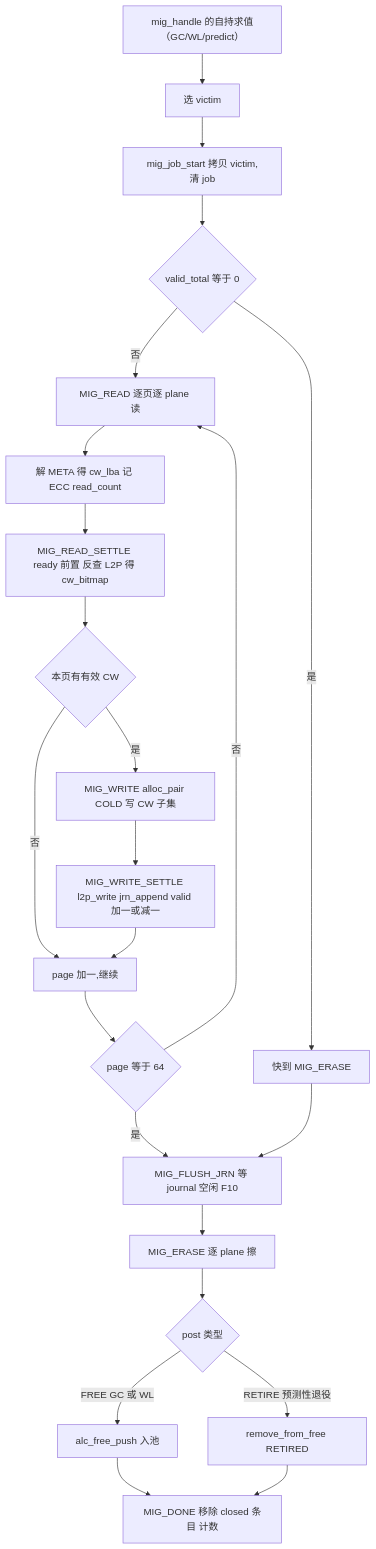
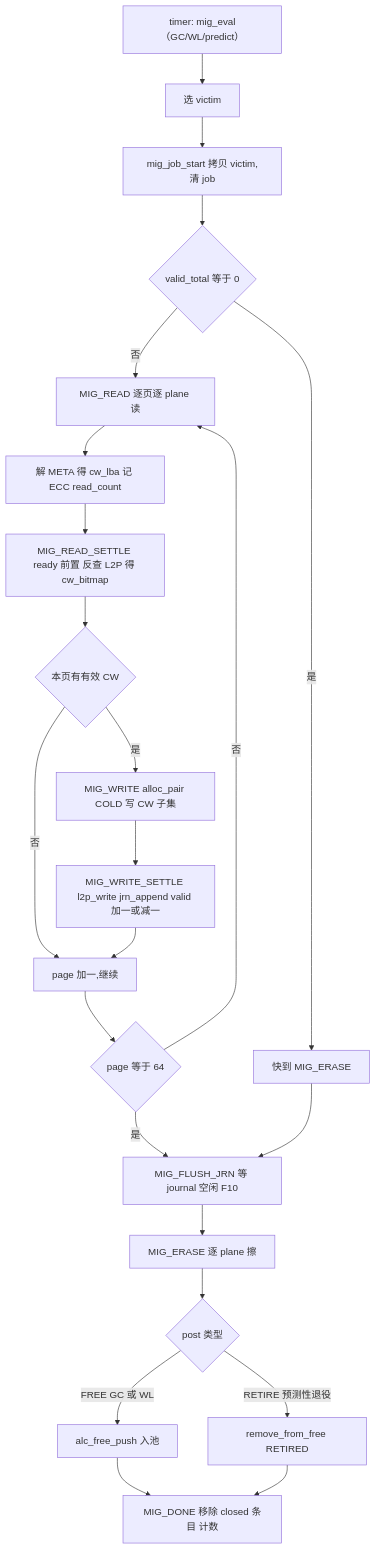
One commit to YzYMIAO/BASESSD changed diagram 31 of 33 in docs/design/ftl_design.md. Above: the diagram before and after it, drawn with Mermaid. The commit also changed other lines of this file and 60 other files, not shown here.

````diff
--- a/docs/design/ftl_design.md
+++ b/docs/design/ftl_design.md
@@ -4585,25 +4588,25 @@
 ```mermaid
 flowchart TD
-    A["mig_handle 的自持求值（GC/WL/predict）"] --> B["选 victim"]
+    A["timer: mig_eval（GC/WL/predict）"] --> B["选 victim"]
     B --> C["mig_job_start 拷贝 victim,清 job"]
     C --> D{"valid_total 等于 0"}
     D -- "是" --> E["快到 MIG_ERASE"]
     D -- "否" --> F["MIG_READ 逐页逐 plane 读"]
     F --> G["解 META 得 cw_lba 记 ECC read_count"]
     G --> H["MIG_READ_SETTLE ready 前置 反查 L2P 得 cw_bitmap"]
     H --> I{"本页有有效 CW"}
     I -- "否" --> J["page 加一,继续"]
     I -- "是" --> K["MIG_WRITE alloc_pair COLD 写 CW 子集"]
     K --> L["MIG_WRITE_SETTLE l2p_write jrn_append valid 加一或减一"]
     L --> J
     J --> M{"page 等于 64"}
     M -- "否" --> F
     M -- "是" --> N["MIG_FLUSH_JRN 等 journal 空闲 F10"]
     N --> O["MIG_ERASE 逐 plane 擦"]
     O --> P{"post 类型"}
     P -- "FREE GC 或 WL" --> Q["alc_free_push 入池"]
     P -- "RETIRE 预测性退役" --> R["remove_from_free RETIRED"]
     Q --> S["MIG_DONE 移除 closed 条目 计数"]
     R --> S
     E --> N
 ```
````
